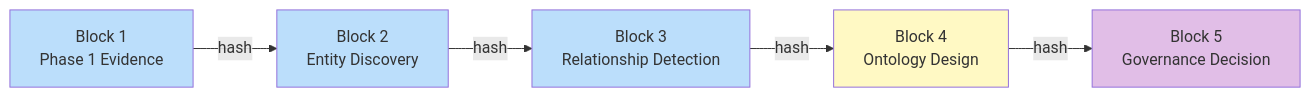
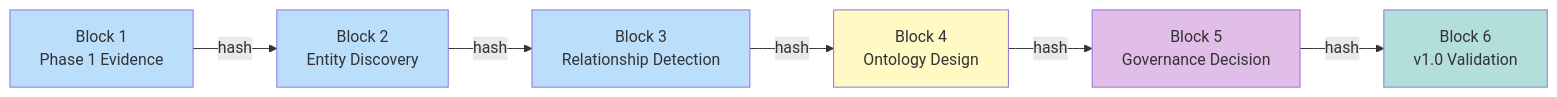
Before and after one commit to sabill123/ontology: the sixth of 10 diagrams in docs/diagrams/README.md, drawn with Mermaid. The commit also changed other lines of this file and 176 other files, not shown here.

````diff
--- a/docs/diagrams/README.md
+++ b/docs/diagrams/README.md
@@ -163,16 +231,18 @@
 ```mermaid
 graph LR
     B1[Block 1<br/>Phase 1 Evidence]
     B2[Block 2<br/>Entity Discovery]
     B3[Block 3<br/>Relationship Detection]
     B4[Block 4<br/>Ontology Design]
     B5[Block 5<br/>Governance Decision]
+    B6[Block 6<br/>v1.0 Validation]
 
-    B1 -->|hash| B2 -->|hash| B3 -->|hash| B4 -->|hash| B5
+    B1 -->|hash| B2 -->|hash| B3 -->|hash| B4 -->|hash| B5 -->|hash| B6
 
     style B1 fill:#bbdefb
     style B2 fill:#bbdefb
     style B3 fill:#bbdefb
     style B4 fill:#fff9c4
     style B5 fill:#e1bee7
+    style B6 fill:#b2dfdb
 ```
````
